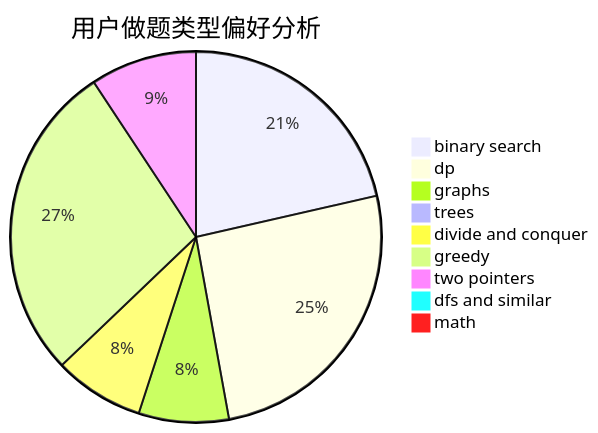
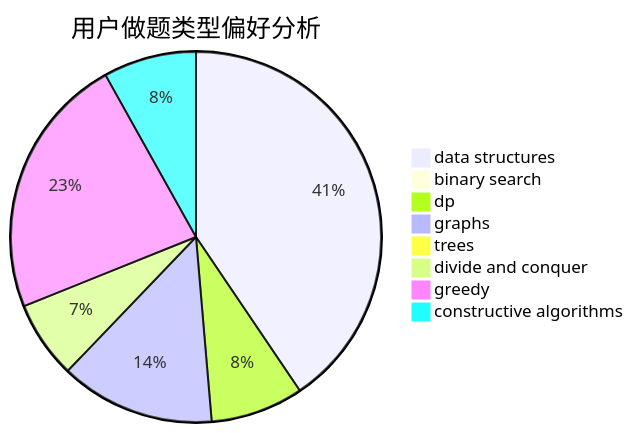
Before and after one commit to sherpahu/cfrs.github.io: the second of 3 diagrams in docs/user/u2412.md, drawn with Mermaid. The commit also changed other lines of this file and 2775 other files, not shown here.

````diff
--- a/docs/user/u2412.md
+++ b/docs/user/u2412.md
@@ -23,12 +23,11 @@
 ```mermaid
 pie title 用户做题类型偏好分析
-    "binary search" :  30
-    "dp" :  36
-    "graphs" :  11
-    "trees" :  1
-    "divide and conquer" :  11
-    "greedy" :  39
-    "two pointers" :  13
-    "dfs and similar" :  1
-    "math" :  1
+    "data structures" :  30
+    "binary search" :  0
+    "dp" :  6
+    "graphs" :  10
+    "trees" :  0
+    "divide and conquer" :  5
+    "greedy" :  17
+    "constructive algorithms" :  6
 ```
````
